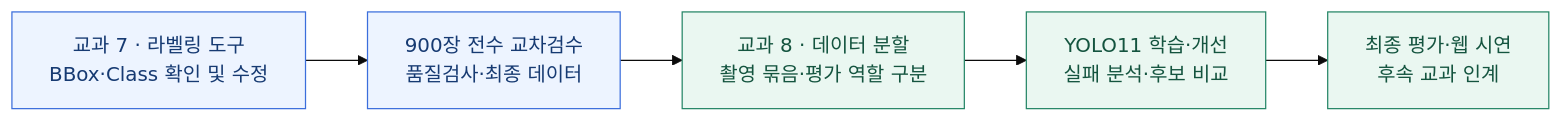
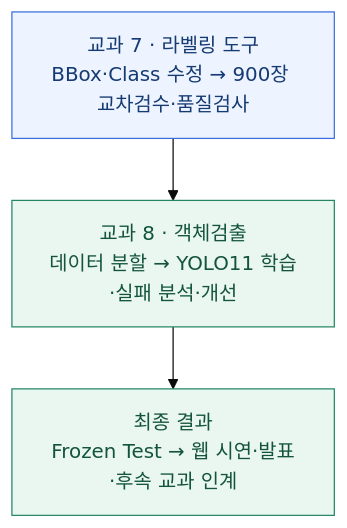
One commit to ariuck/group_3 changed the diagram in README.md. Above: the diagram before and after it, drawn with Mermaid (base theme).

Commit message:
docs: improve README workflow readability on narrow screens

````diff
--- a/README.md
+++ b/README.md
@@ -23,11 +23,11 @@
 ```mermaid
-flowchart LR
-    A["교과 7 · 라벨링 도구<br/>BBox·Class 확인 및 수정"] --> B["900장 전수 교차검수<br/>품질검사·최종 데이터"]
-    B --> C["교과 8 · 데이터 분할<br/>촬영 묶음·평가 역할 구분"]
-    C --> D["YOLO11 학습·개선<br/>실패 분석·후보 비교"]
-    D --> E["최종 평가·웹 시연<br/>후속 교과 인계"]
+flowchart TB
+    A["교과 7 · 라벨링 도구<br/>BBox·Class 수정 → 900장 교차검수·품질검사"]
+    B["교과 8 · 객체검출<br/>데이터 분할 → YOLO11 학습·실패 분석·개선"]
+    C["최종 결과<br/>Frozen Test → 웹 시연·발표·후속 교과 인계"]
+    A --> B --> C
     classDef labeling fill:#edf4ff,stroke:#3b6edc,color:#163a72;
     classDef detection fill:#eaf7f1,stroke:#258667,color:#14543f;
-    class A,B labeling;
-    class C,D,E detection;
+    class A labeling;
+    class B,C detection;
 ```
````
